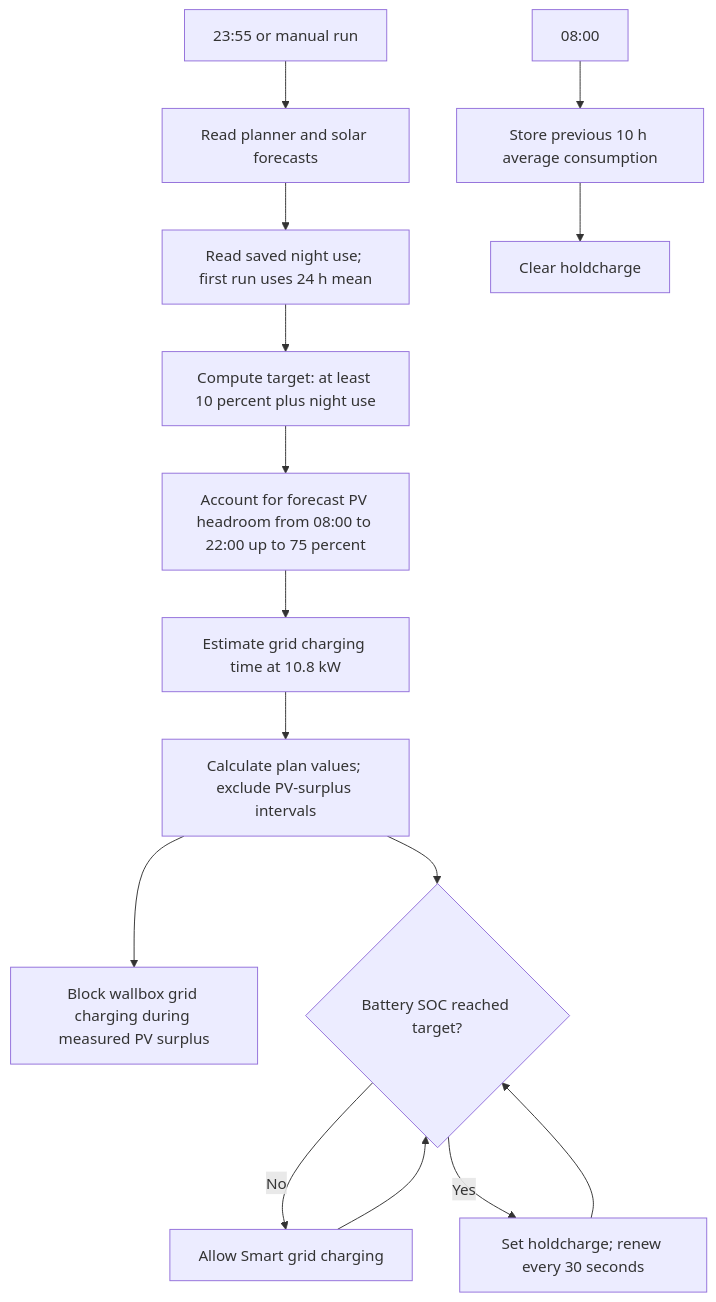
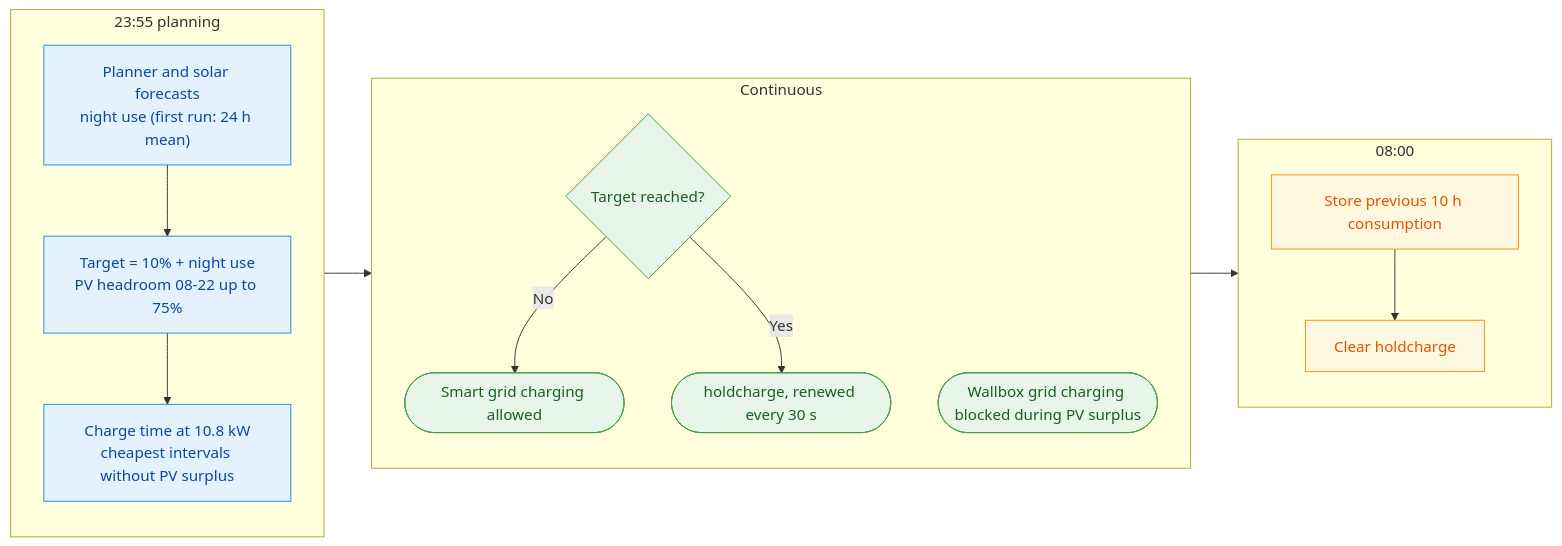
Before and after one commit to synb10se/docs: the second of 2 diagrams in home-assistant/evcc/EVCC_PREISOPTIMIERUNG.en.md, drawn with Mermaid. The commit also changed other lines of this file and 1 other file, not shown here.

Commit message:
Preisspitzenoptimierung

````diff
--- a/home-assistant/evcc/EVCC_PREISOPTIMIERUNG.en.md
+++ b/home-assistant/evcc/EVCC_PREISOPTIMIERUNG.en.md
@@ -122,17 +126,26 @@
 ```mermaid
-flowchart TD
-    A[23:55 or manual run] --> B[Read planner and solar forecasts]
-    B --> C[Read saved night use; first run uses 24 h mean]
-    C --> D[Compute target: at least 10 percent plus night use]
-    D --> E[Account for forecast PV headroom from 08:00 to 22:00 up to 75 percent]
-    E --> F[Estimate grid charging time at 10.8 kW]
-    F --> G[Calculate plan values; exclude PV-surplus intervals]
-    G --> N[Block wallbox grid charging during measured PV surplus]
-    G --> H{Battery SOC reached target?}
-    H -- No --> I[Allow Smart grid charging]
-    H -- Yes --> J[Set holdcharge; renew every 30 seconds]
-    I --> H
-    J --> H
-    K[08:00] --> L[Store previous 10 h average consumption]
-    L --> M[Clear holdcharge]
+flowchart LR
+    subgraph P["23:55 planning"]
+        direction TB
+        A["Planner and solar forecasts<br/>night use (first run: 24 h mean)"] --> B["Target = 10% + night use<br/>PV headroom 08-22 up to 75%"]
+        B --> C["Charge time at 10.8 kW<br/>cheapest intervals without PV surplus"]
+    end
+    subgraph R["Continuous"]
+        direction TB
+        D{"Target reached?"}
+        D -- No --> E(["Smart grid charging allowed"])
+        D -- Yes --> F(["holdcharge, renewed every 30 s"])
+        G(["Wallbox grid charging blocked during PV surplus"])
+    end
+    subgraph M["08:00"]
+        direction TB
+        H["Store previous 10 h consumption"] --> I["Clear holdcharge"]
+    end
+    P --> R --> M
+    classDef plan fill:#e3f2fd,stroke:#1e88e5,color:#0d47a1
+    classDef run fill:#e8f5e9,stroke:#43a047,color:#1b5e20
+    classDef morning fill:#fff8e1,stroke:#fb8c00,color:#e65100
+    class A,B,C plan
+    class D,E,F,G run
+    class H,I morning
 ```
````
